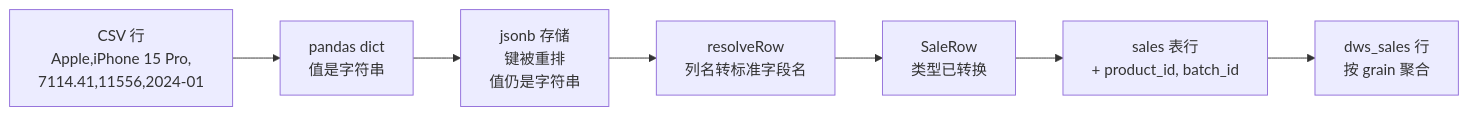
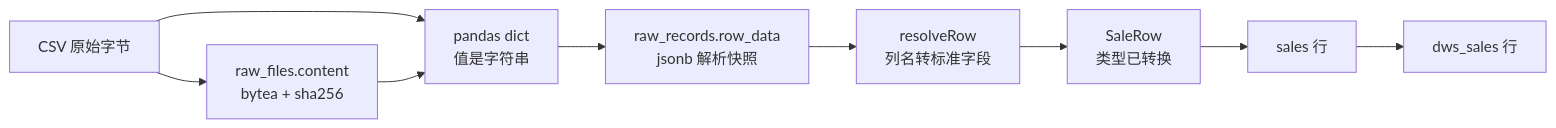
Before and after one commit to huql0605/pygo_product_manage_partform: the third of 7 diagrams in docs/architecture.md, drawn with Mermaid. The commit also changed other lines of this file and 5 other files, not shown here.

````diff
--- a/docs/architecture.md
+++ b/docs/architecture.md
@@ -126,12 +133,16 @@
 ```mermaid
 flowchart LR
-    S1["CSV 行<br/>Apple,iPhone 15 Pro,<br/>7114.41,11556,2024-01"]
-    S2["pandas dict<br/>值是字符串"]
-    S3["jsonb 存储<br/>键被重排<br/>值仍是字符串"]
-    S4["resolveRow<br/>列名转标准字段名"]
-    S5["SaleRow<br/>类型已转换"]
-    S6["sales 表行<br/>+ product_id, batch_id"]
-    S7["dws_sales 行<br/>按 grain 聚合"]
+    S1["CSV 原始字节"]
+    S2["raw_files.content<br/>bytea + sha256"]
+    S3["pandas dict<br/>值是字符串"]
+    S4["raw_records.row_data<br/>jsonb 解析快照"]
+    S5["resolveRow<br/>列名转标准字段"]
+    S6["SaleRow<br/>类型已转换"]
+    S7["sales 行"]
+    S8["dws_sales 行"]
 
-    S1 --> S2 --> S3 --> S4 --> S5 --> S6 --> S7
+    S1 --> S2
+    S1 --> S3 --> S4
+    S2 --> S3
+    S4 --> S5 --> S6 --> S7 --> S8
 ```
````
